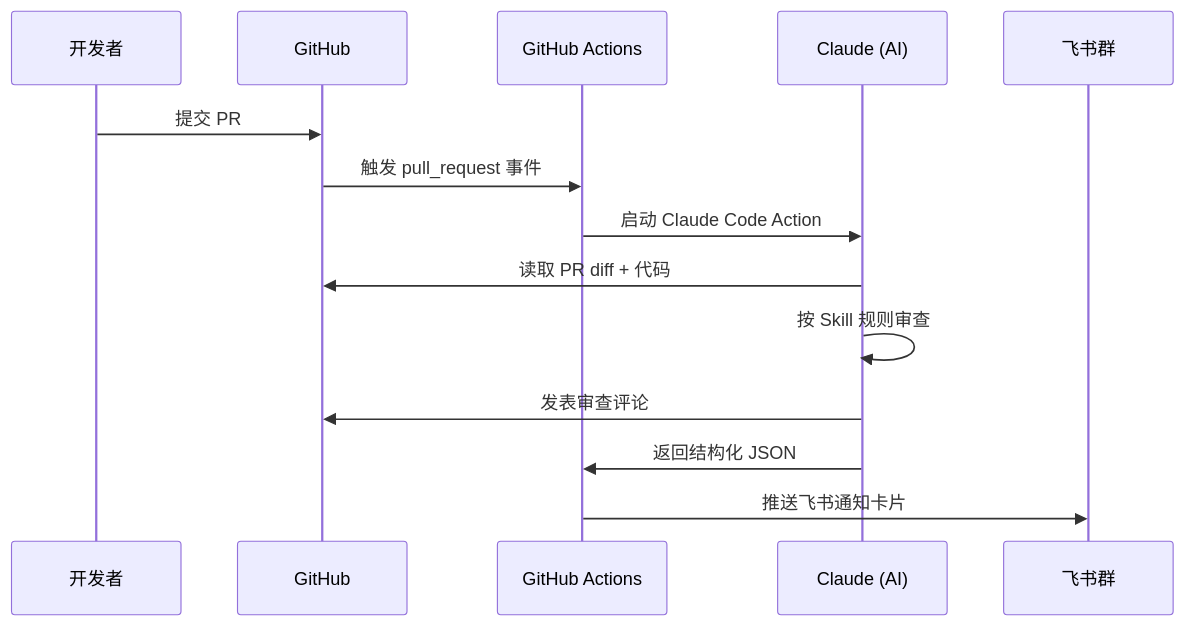
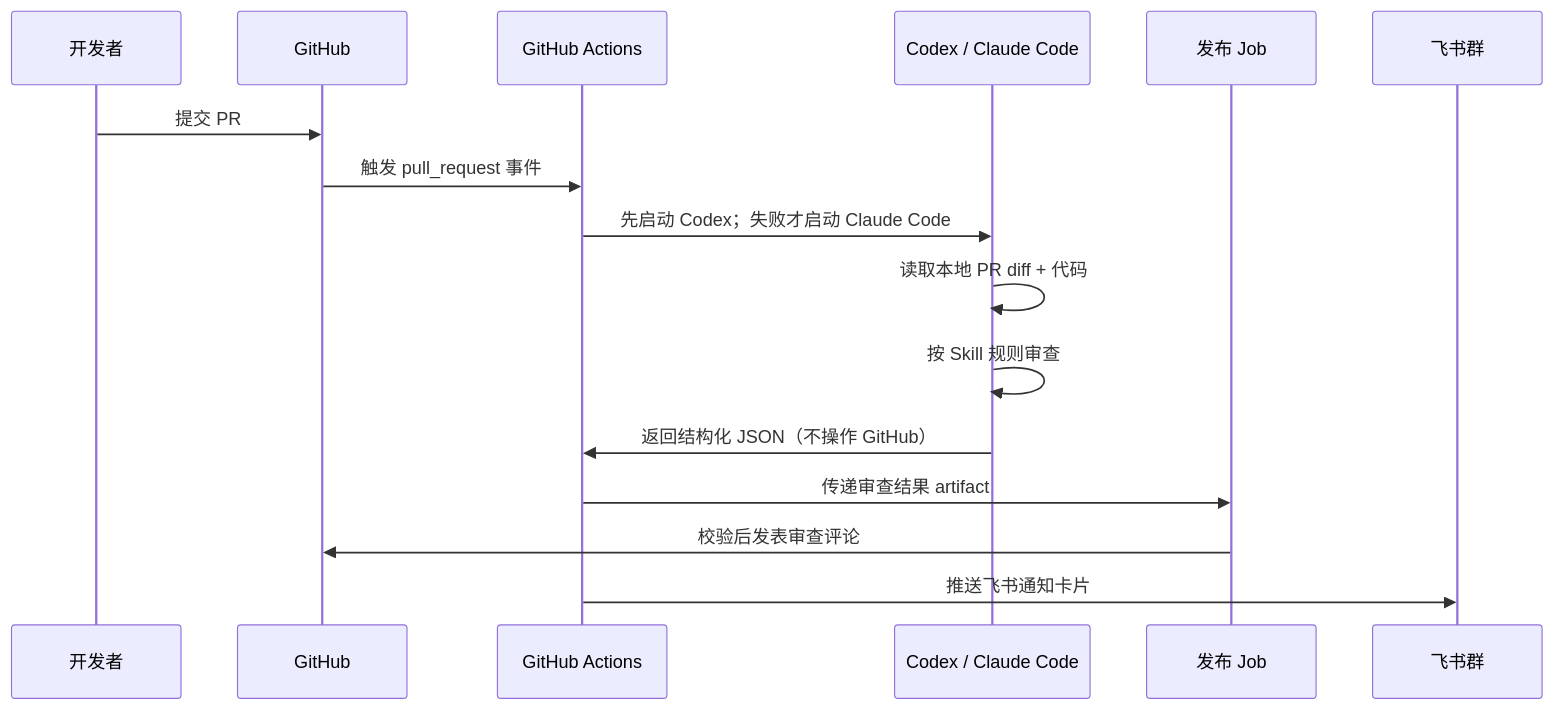
The first of 13 diagrams in docs/code-review-design.md (Lightspeed-Intelligence/agentic-workflow-template), drawn with Mermaid before and after one commit. The commit also changed other lines of this file and 3 other files, not shown here.

Commit message:
feat(pr-review): isolate agents from GitHub writes

````diff
--- a/docs/code-review-design.md
+++ b/docs/code-review-design.md
@@ -17,17 +17,19 @@
 ```mermaid
 sequenceDiagram
     participant Dev as 开发者
     participant GH as GitHub
     participant CI as GitHub Actions
-    participant AI as Claude (AI)
+    participant AI as Codex / Claude Code
+    participant Pub as 发布 Job
     participant FS as 飞书群
 
     Dev->>GH: 提交 PR
     GH->>CI: 触发 pull_request 事件
-    CI->>AI: 启动 Claude Code Action
-    AI->>GH: 读取 PR diff + 代码
+    CI->>AI: 先启动 Codex；失败才启动 Claude Code
+    AI->>AI: 读取本地 PR diff + 代码
     AI->>AI: 按 Skill 规则审查
-    AI->>GH: 发表审查评论
-    AI->>CI: 返回结构化 JSON
+    AI->>CI: 返回结构化 JSON（不操作 GitHub）
+    CI->>Pub: 传递审查结果 artifact
+    Pub->>GH: 校验后发表审查评论
     CI->>FS: 推送飞书通知卡片
 ```
````
